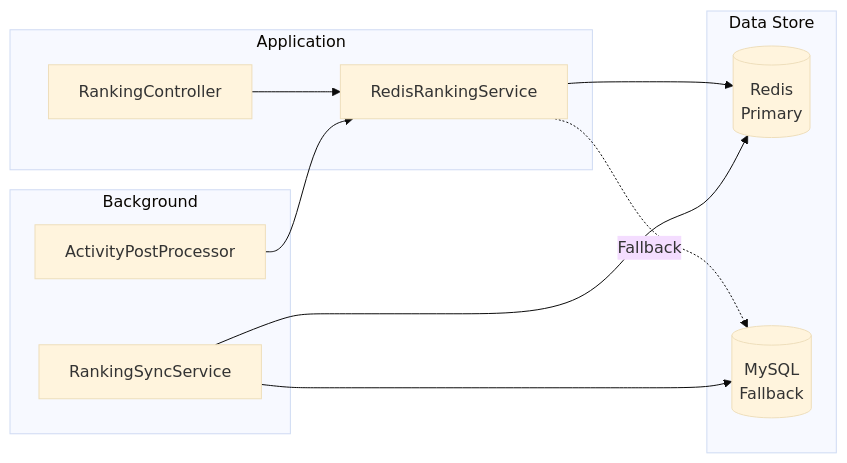
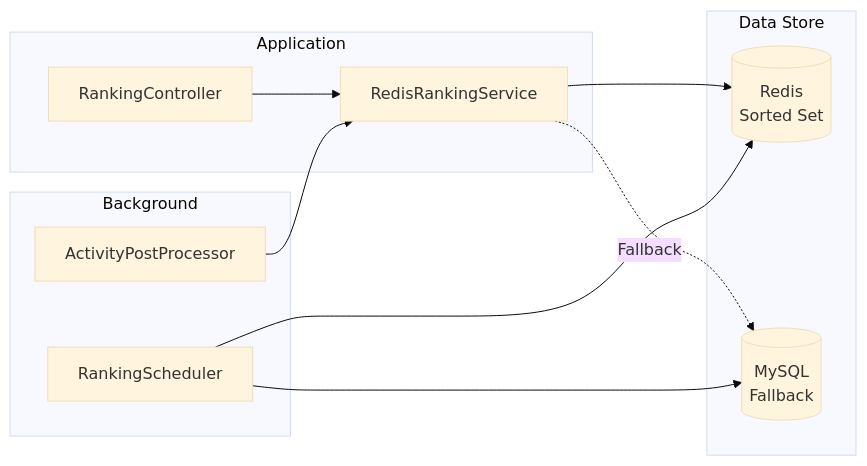
Before and after one commit to beginner0107/eventitta: the ninth of 10 diagrams in docs/ARCHITECTURE.md, drawn with Mermaid (base theme). The commit also changed other lines of this file and 3 other files, not shown here.

````diff
--- a/docs/ARCHITECTURE.md
+++ b/docs/ARCHITECTURE.md
@@ -574,24 +387,24 @@
 ```mermaid
 graph LR
     subgraph "Application"
         A[RankingController]
         B[RedisRankingService]
     end
 
     subgraph "Data Store"
-        C[(Redis<br/>Primary)]
+        C[(Redis<br/>Sorted Set)]
         D[(MySQL<br/>Fallback)]
     end
 
     subgraph "Background"
         E[ActivityPostProcessor]
-        F[RankingSyncService]
+        F[RankingScheduler]
     end
 
     A --> B
     B --> C
     B -.Fallback.-> D
     E --> B
     F --> C
     F --> D
 ```
````
